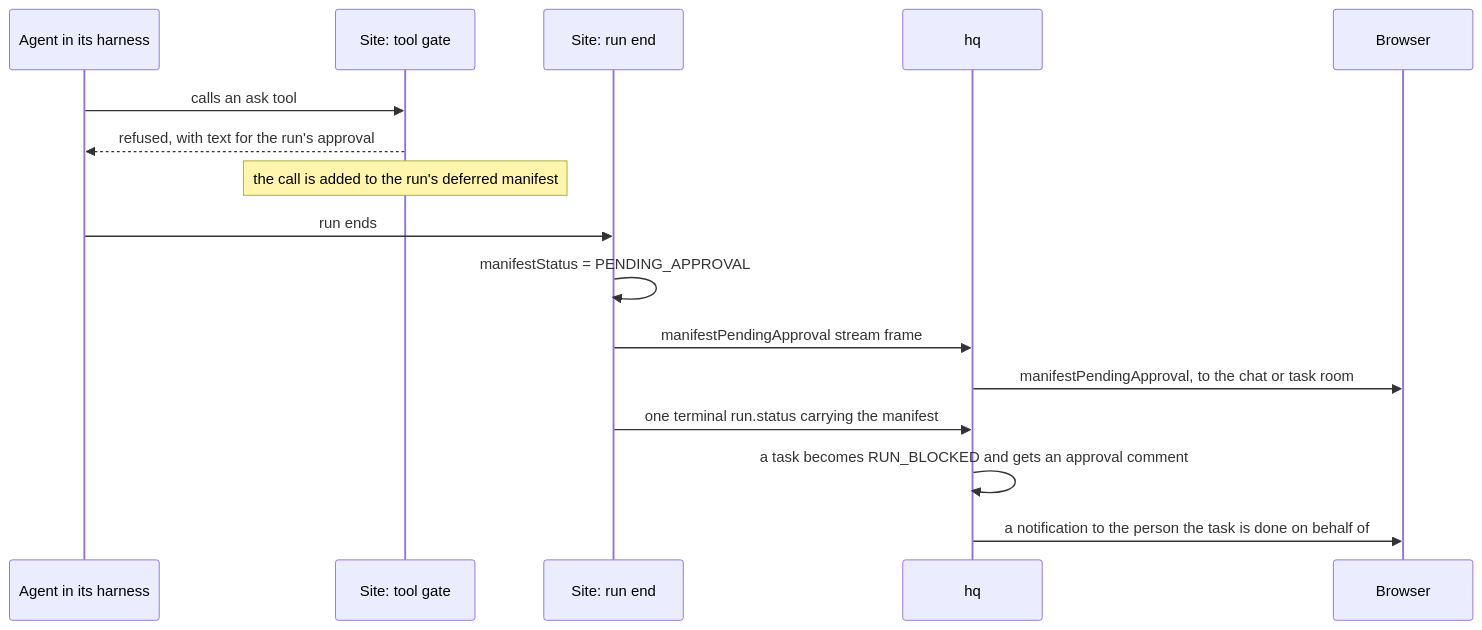
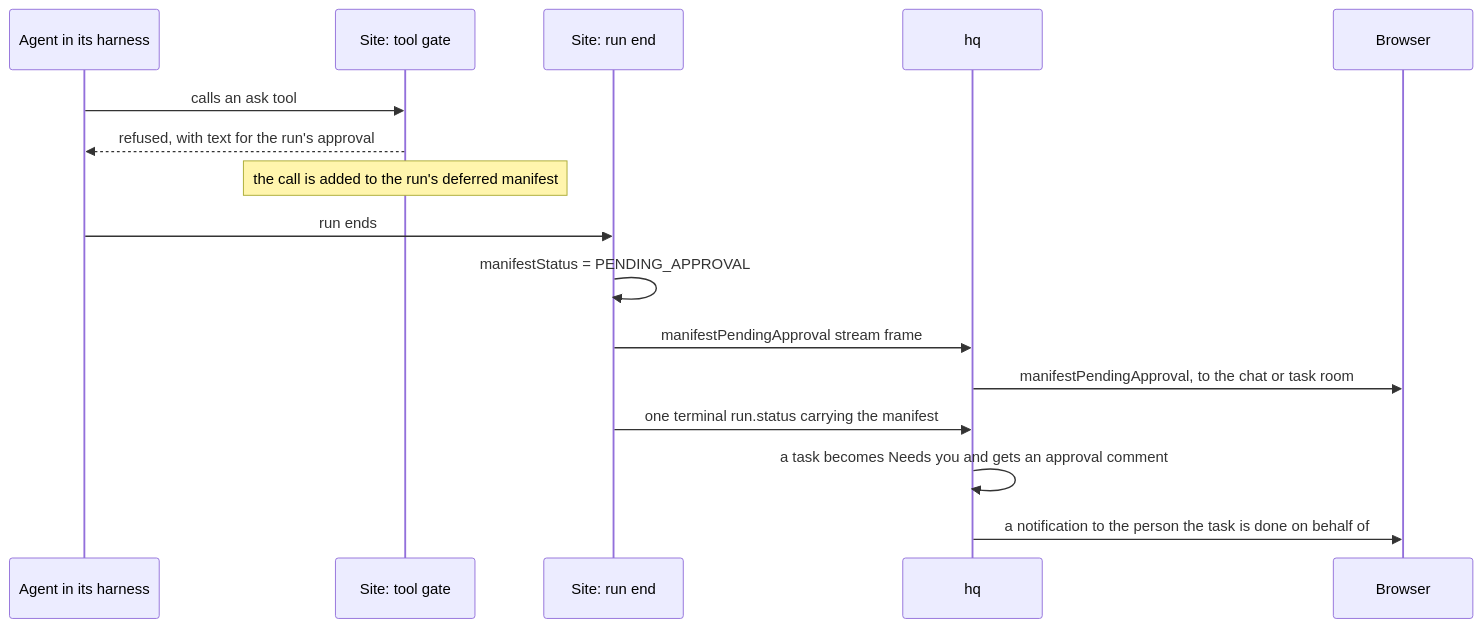
The first of 3 diagrams in docs/concepts/agents/hitl-diagrams.md (solution84-com/agenthix), drawn with Mermaid before and after one commit. The commit also changed other lines of this file and 60 other files, not shown here.

````diff
--- a/docs/concepts/agents/hitl-diagrams.md
+++ b/docs/concepts/agents/hitl-diagrams.md
@@ -9,19 +9,19 @@
 ```mermaid
 sequenceDiagram
     participant Agent as Agent in its harness
     participant Gate as Site: tool gate
     participant Site as Site: run end
     participant HQ as hq
     participant UI as Browser
 
     Agent->>Gate: calls an ask tool
     Gate-->>Agent: refused, with text for the run's approval
     Note over Gate: the call is added to the run's deferred manifest
     Agent->>Site: run ends
     Site->>Site: manifestStatus = PENDING_APPROVAL
     Site->>HQ: manifestPendingApproval stream frame
     HQ->>UI: manifestPendingApproval, to the chat or task room
     Site->>HQ: one terminal run.status carrying the manifest
-    HQ->>HQ: a task becomes RUN_BLOCKED and gets an approval comment
+    HQ->>HQ: a task becomes Needs you and gets an approval comment
     HQ->>UI: a notification to the person the task is done on behalf of
 ```
````
